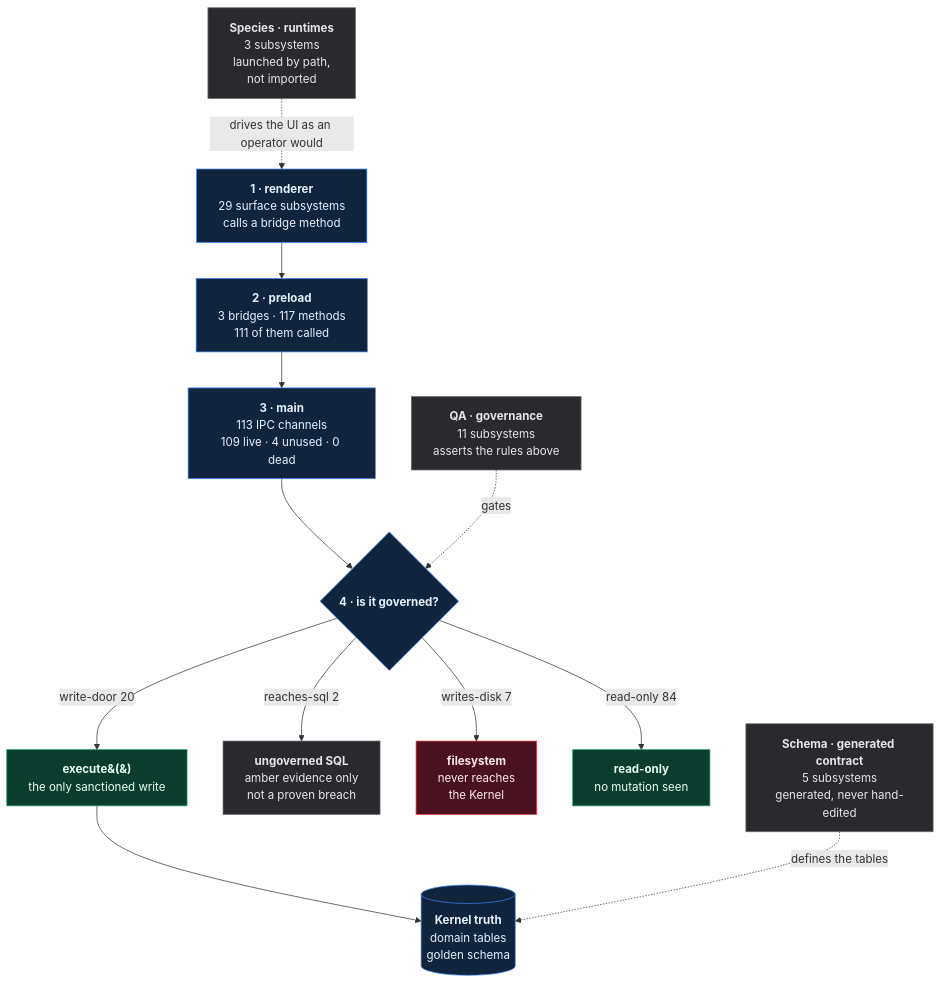
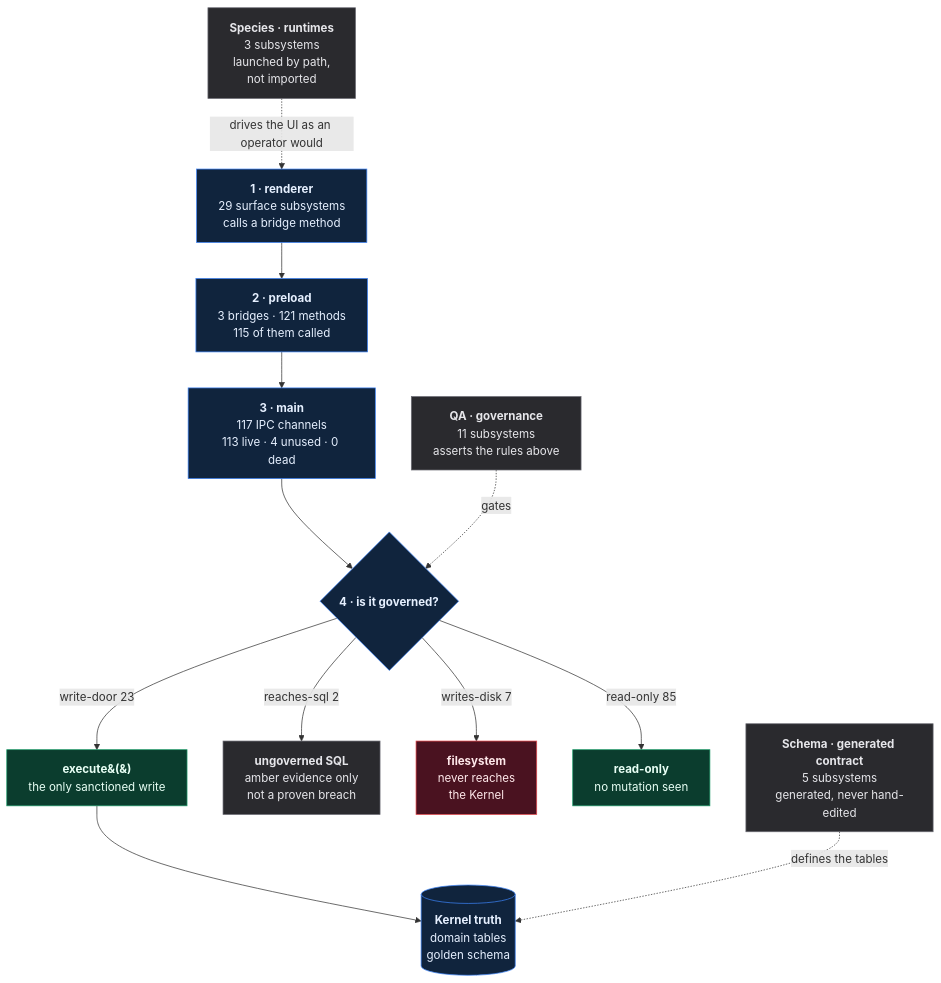
One commit to SidNig21/QuantFlow-Ontology changed the diagram in qf-atlas/ATLAS.md. Above: the diagram before and after it, drawn with Mermaid. The commit also changed other lines of this file and 47 other files, not shown here.

````diff
--- a/qf-atlas/ATLAS.md
+++ b/qf-atlas/ATLAS.md
@@ -32,35 +32,35 @@
 ```mermaid
 flowchart TD
   R["<b>1 · renderer</b><br/>29 surface subsystems<br/>calls a bridge method"]
-  P["<b>2 · preload</b><br/>3 bridges · 117 methods<br/>111 of them called"]
-  M["<b>3 · main</b><br/>113 IPC channels<br/>109 live · 4 unused · 0 dead"]
+  P["<b>2 · preload</b><br/>3 bridges · 121 methods<br/>115 of them called"]
+  M["<b>3 · main</b><br/>117 IPC channels<br/>113 live · 4 unused · 0 dead"]
   H{"<b>4 · is it governed?</b>"}
   E["<b>execute&#40;&#41;</b><br/>the only sanctioned write"]
   DB[("<b>Kernel truth</b><br/>domain tables<br/>golden schema")]
 
   R --> P --> M --> H
-  H -->|"write-door 20"| E
+  H -->|"write-door 23"| E
   E --> DB
   A["<b>ungoverned SQL</b><br/>amber evidence only<br/>not a proven breach"]
   H -->|"reaches-sql 2"| A
   FS["<b>filesystem</b><br/>never reaches<br/>the Kernel"]
   H -->|"writes-disk 7"| FS
   RO["<b>read-only</b><br/>no mutation seen"]
-  H -->|"read-only 84"| RO
+  H -->|"read-only 85"| RO
 
   QA["<b>QA · governance</b><br/>11 subsystems<br/>asserts the rules above"]
   SP["<b>Species · runtimes</b><br/>3 subsystems<br/>launched by path,<br/>not imported"]
   SC["<b>Schema · generated contract</b><br/>5 subsystems<br/>generated, never hand-edited"]
   QA -.->|"gates"| H
   SC -.->|"defines the tables"| DB
   SP -.->|"drives the UI as an operator would"| R
 
   classDef good fill:#0b3d2e,stroke:#1f9d6b,color:#e8fff5
   classDef bad fill:#4a1220,stroke:#e5484d,color:#ffe8ea
   classDef gray fill:#2a2a2e,stroke:#6b6b73,color:#e6e6ea
   classDef truth fill:#10243d,stroke:#3b82f6,color:#e6f0ff
   class E,RO good
   class FS bad
   class A,QA,SP,SC gray
   class DB,R,P,M,H truth
 ```
````
